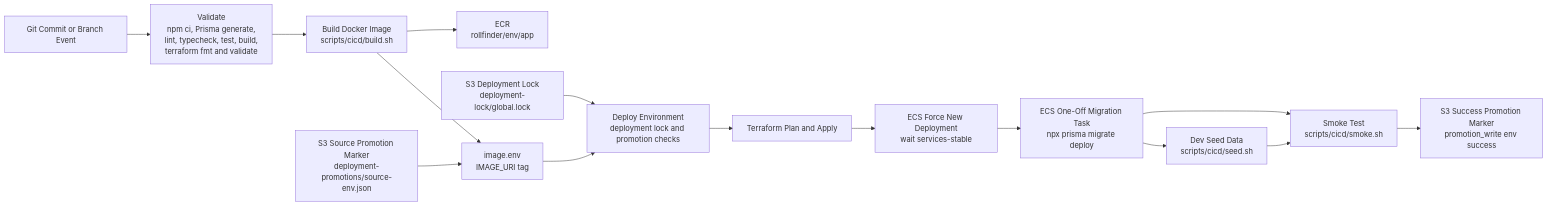
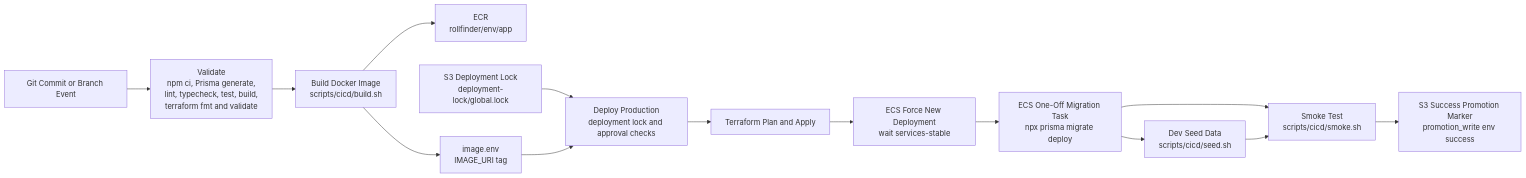
The first of 3 diagrams in docs/architecture/deployment-flow.md (miljimo/rollfinders), drawn with Mermaid before and after one commit. The commit also changed other lines of this file and 4 other files, not shown here.

Commit message:
Deploy production directly without dev promotion

````diff
--- a/docs/architecture/deployment-flow.md
+++ b/docs/architecture/deployment-flow.md
@@ -7,32 +7,30 @@
 ```mermaid
 flowchart LR
   commit[Git Commit or Branch Event]
   validate[Validate<br/>npm ci, Prisma generate,<br/>lint, typecheck, test, build,<br/>terraform fmt and validate]
   build[Build Docker Image<br/>scripts/cicd/build.sh]
   ecr[ECR<br/>rollfinder/env/app]
   artifact[image.env<br/>IMAGE_URI tag]
-  promotion[S3 Source Promotion Marker<br/>deployment-promotions/source-env.json]
   lock[S3 Deployment Lock<br/>deployment-lock/global.lock]
-  deploy_env[Deploy Environment<br/>deployment lock and promotion checks]
+  deploy_env[Deploy Production<br/>deployment lock and approval checks]
   tf[Terraform Plan and Apply]
   ecs[ECS Force New Deployment<br/>wait services-stable]
   migrate[ECS One-Off Migration Task<br/>npx prisma migrate deploy]
   seed[Dev Seed Data<br/>scripts/cicd/seed.sh]
   smoke[Smoke Test<br/>scripts/cicd/smoke.sh]
   marker[S3 Success Promotion Marker<br/>promotion_write env success]
 
   commit --> validate
   validate --> build
   build --> ecr
   build --> artifact
-  promotion --> artifact
   lock --> deploy_env
   artifact --> deploy_env
   deploy_env --> tf
   tf --> ecs
   ecs --> migrate
   migrate --> seed
   migrate --> smoke
   seed --> smoke
   smoke --> marker
 ```
````
